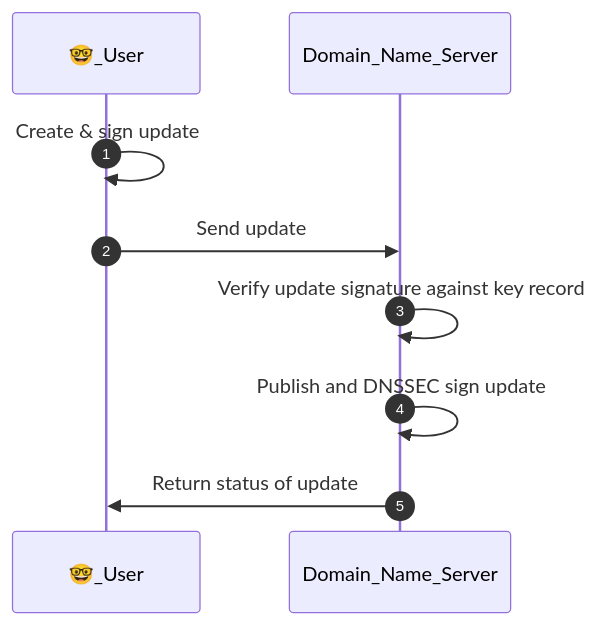
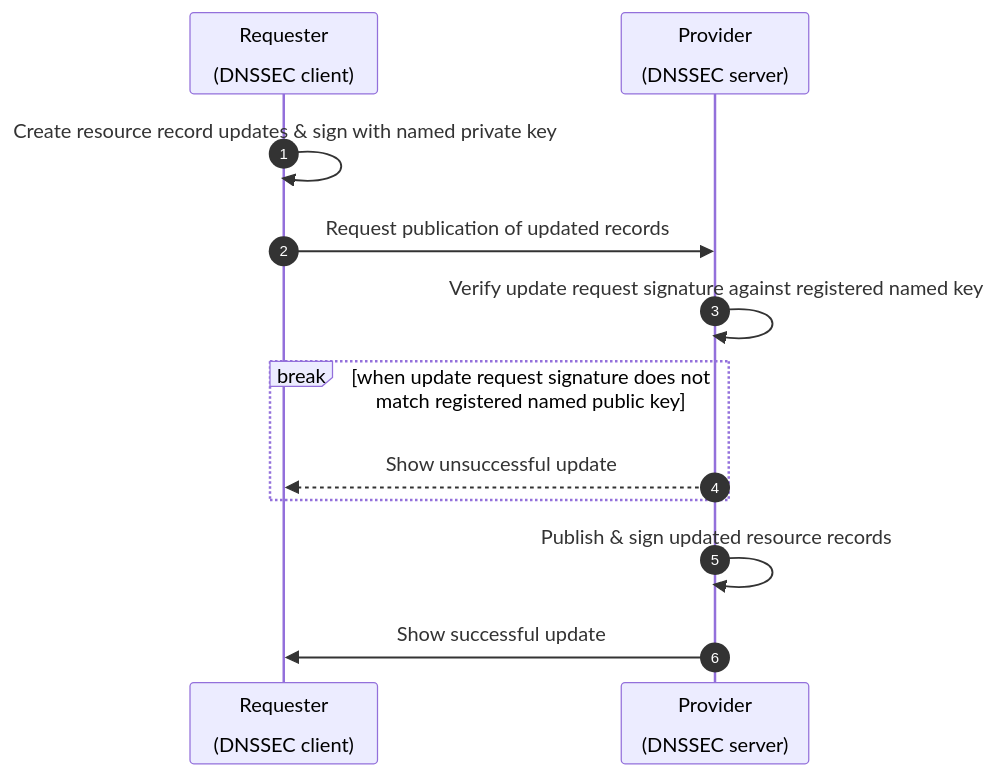
The second of 2 diagrams in README.md (NetworkCommons/sig0namectl), drawn with Mermaid before and after one commit. The commit also changed other lines of this file, not shown here.

Commit message:
adds improved mermaid sequences

````diff
--- a/README.md
+++ b/README.md
@@ -101,11 +101,14 @@
 ```mermaid
 sequenceDiagram
 autonumber
-  participant U as 🤓_User
-  participant S as Domain_Name_Server
-  U->>U: Create & sign update
-  U->>S: Send update
-  S->>S: Verify update signature against key record
-  S->>S: Publish and DNSSEC sign update
-  S->>U: Return status of update
+  participant R as Requester<br><br> (DNSSEC client)
+  participant P as Provider<br><br>(DNSSEC server)
+  R->>R: Create resource record updates & sign with named private key
+  R->>P: Request publication of updated records
+  P->>P: Verify update request signature against registered named key
+  break when update request signature does not match registered named public key
+    P-->>R: Show unsuccessful update
+  end
+  P->>P: Publish & sign updated resource records
+  P->>R: Show successful update
 ```
````
